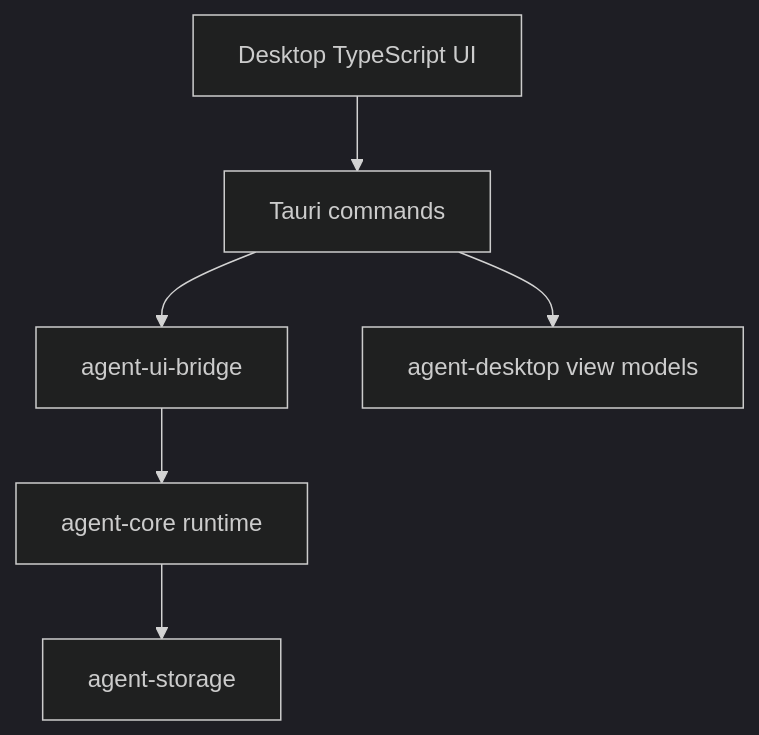
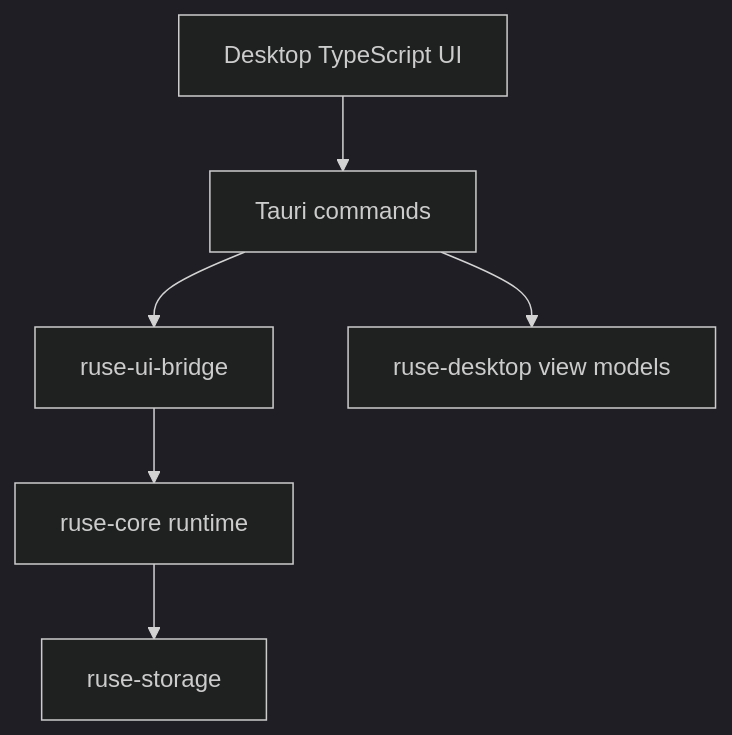
The diagram in docs/specs/M21-00-desktop-gui-technical-design.spec.md (poneding/agent), drawn with Mermaid (dark theme) before and after one commit. The commit also changed other lines of this file and 2091 other files, not shown here.

First line of the commit message:
refactor: rename agent branding to ruse

````diff
--- a/docs/specs/M21-00-desktop-gui-technical-design.spec.md
+++ b/docs/specs/M21-00-desktop-gui-technical-design.spec.md
@@ -39,8 +39,8 @@
 ```mermaid
 flowchart TD
   Frontend["Desktop TypeScript UI"] --> Commands["Tauri commands"]
-  Commands --> Bridge["agent-ui-bridge"]
-  Commands --> ViewModels["agent-desktop view models"]
-  Bridge --> Runtime["agent-core runtime"]
-  Runtime --> Storage["agent-storage"]
+  Commands --> Bridge["ruse-ui-bridge"]
+  Commands --> ViewModels["ruse-desktop view models"]
+  Bridge --> Runtime["ruse-core runtime"]
+  Runtime --> Storage["ruse-storage"]
 ```
````
